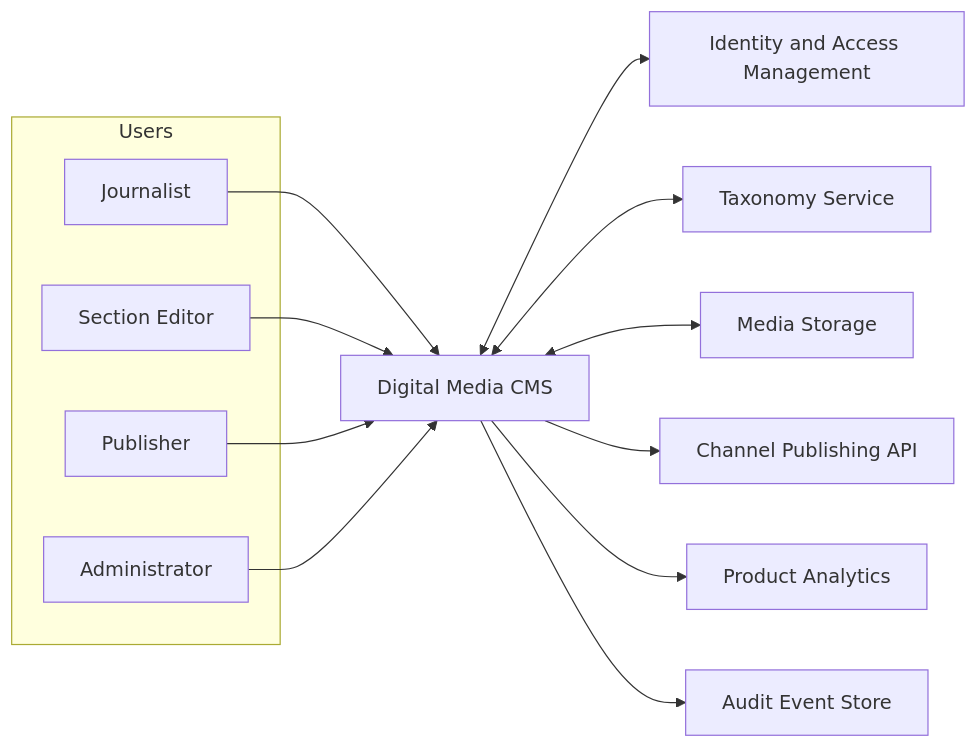
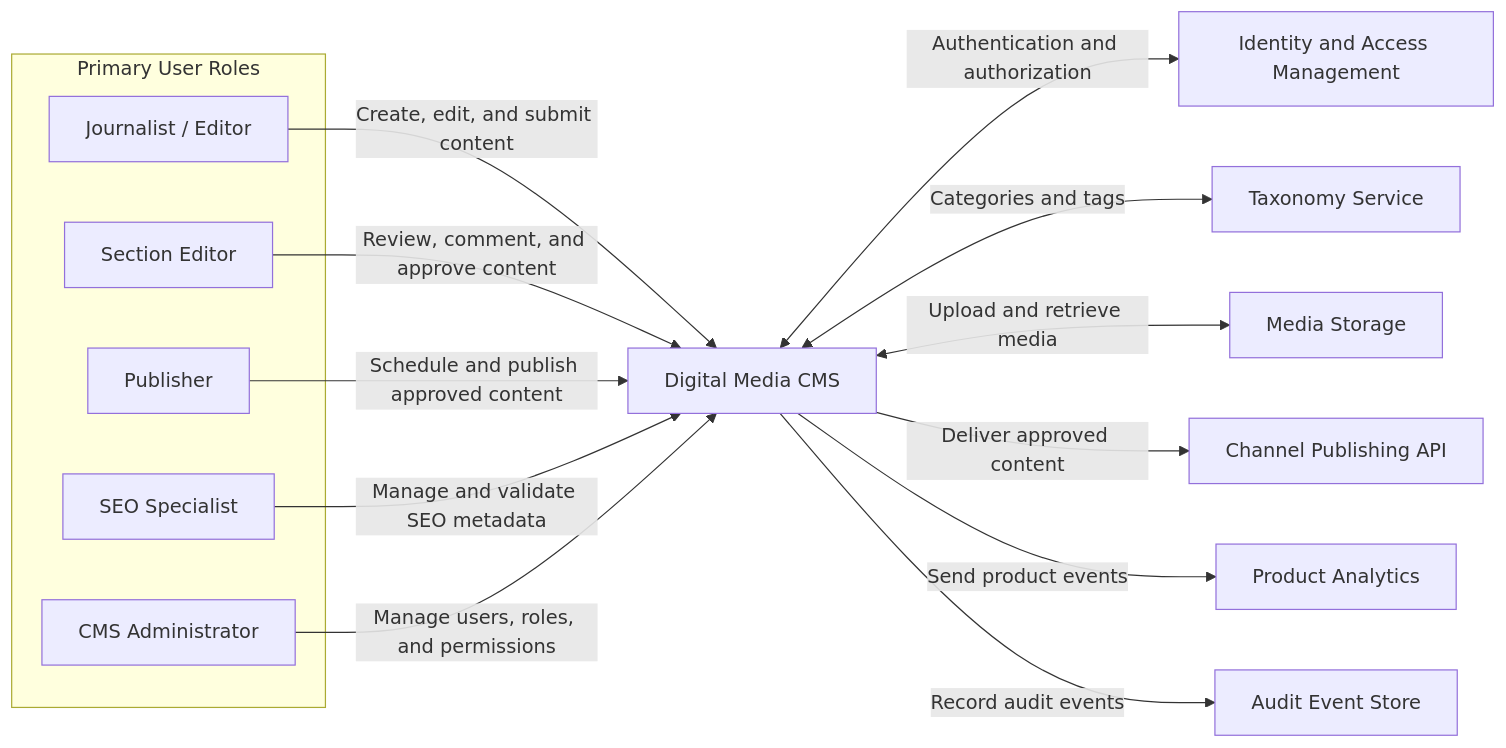
Before and after one commit to sudengineer/digital-media-cms: the diagram in diagrams/system-context.mmd, drawn with Mermaid.

Commit message:
Update system context with five primary user roles

```diff
--- a/diagrams/system-context.mmd
+++ b/diagrams/system-context.mmd
@@ -1,25 +1,30 @@
 flowchart LR
-    subgraph Users
-      A[Journalist]
-      B[Section Editor]
-      C[Publisher]
-      D[Administrator]
+    subgraph Users["Primary User Roles"]
+      JOURNALIST["Journalist / Editor"]
+      SECTION_EDITOR["Section Editor"]
+      PUBLISHER["Publisher"]
+      SEO["SEO Specialist"]
+      ADMIN["CMS Administrator"]
     end
-    CMS[Digital Media CMS]
-    IAM[Identity and Access Management]
-    TAX[Taxonomy Service]
-    MEDIA[Media Storage]
-    API[Channel Publishing API]
-    ANALYTICS[Product Analytics]
-    AUDIT[Audit Event Store]
 
-    A --> CMS
-    B --> CMS
-    C --> CMS
-    D --> CMS
-    CMS <--> IAM
-    CMS <--> TAX
-    CMS <--> MEDIA
-    CMS --> API
-    CMS --> ANALYTICS
-    CMS --> AUDIT
+    CMS["Digital Media CMS"]
+
+    IAM["Identity and Access Management"]
+    TAX["Taxonomy Service"]
+    MEDIA["Media Storage"]
+    API["Channel Publishing API"]
+    ANALYTICS["Product Analytics"]
+    AUDIT["Audit Event Store"]
+
+    JOURNALIST -->|"Create, edit, and submit content"| CMS
+    SECTION_EDITOR -->|"Review, comment, and approve content"| CMS
+    PUBLISHER -->|"Schedule and publish approved content"| CMS
+    SEO -->|"Manage and validate SEO metadata"| CMS
+    ADMIN -->|"Manage users, roles, and permissions"| CMS
+
+    CMS <-->|"Authentication and authorization"| IAM
+    CMS <-->|"Categories and tags"| TAX
+    CMS <-->|"Upload and retrieve media"| MEDIA
+    CMS -->|"Deliver approved content"| API
+    CMS -->|"Send product events"| ANALYTICS
+    CMS -->|"Record audit events"| AUDIT
```
